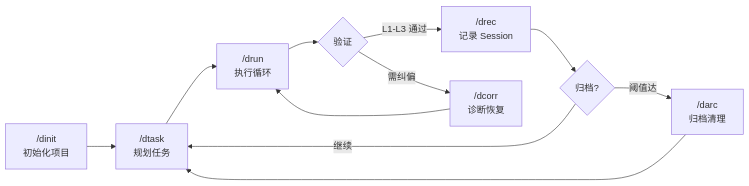
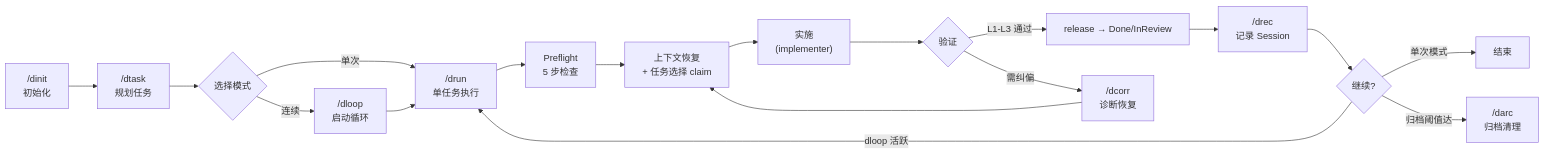
The second of 4 diagrams in README.md (ssdiwu/diwu-flow), drawn with Mermaid before and after one commit. The commit also changed other lines of this file and 3 other files, not shown here.

First line of the commit message:
[Session] README 产品级重写 + dtask.json 清理 + session recordings 归档

````diff
--- a/README.md
+++ b/README.md
@@ -62,13 +165,20 @@
 ```mermaid
 flowchart LR
-    A["/dinit<br/>初始化项目"] --> B["/dtask<br/>规划任务"]
-    B --> C["/drun<br/>执行循环"]
-    C --> D{"验证"}
-    D -->|"L1-L3 通过"| E["/drec<br/>记录 Session"]
-    D -->|"需纠偏"| F["/dcorr<br/>诊断恢复"]
-    F --> C
-    E --> G{"归档?"}
-    G -->|"阈值达"| H["/darc<br/>归档清理"]
-    G -->|"继续"| B
-    H --> B
+    A["/dinit<br/>初始化"] --> B["/dtask<br/>规划任务"]
+    B --> C{选择模式}
+    C -->|单次| D["/drun<br/>单任务执行"]
+    C -->|连续| E["/dloop<br/>启动循环"]
+    E --> D
+    D --> F["Preflight<br/>5 步检查"]
+    F --> G["上下文恢复<br/>+ 任务选择 claim"]
+    G --> H["实施<br/>(implementer)"]
+    H --> I{"验证"}
+    I -->|L1-L3 通过| J["release → Done/InReview"]
+    I -->|需纠偏| K["/dcorr<br/>诊断恢复"]
+    K --> G
+    J --> L["/drec<br/>记录 Session"]
+    L --> M{继续?}
+    M -->|dloop 活跃| D
+    M -->|单次模式| N["结束"]
+    M -->|归档阈值达| O["/darc<br/>归档清理"]
 ```
````
